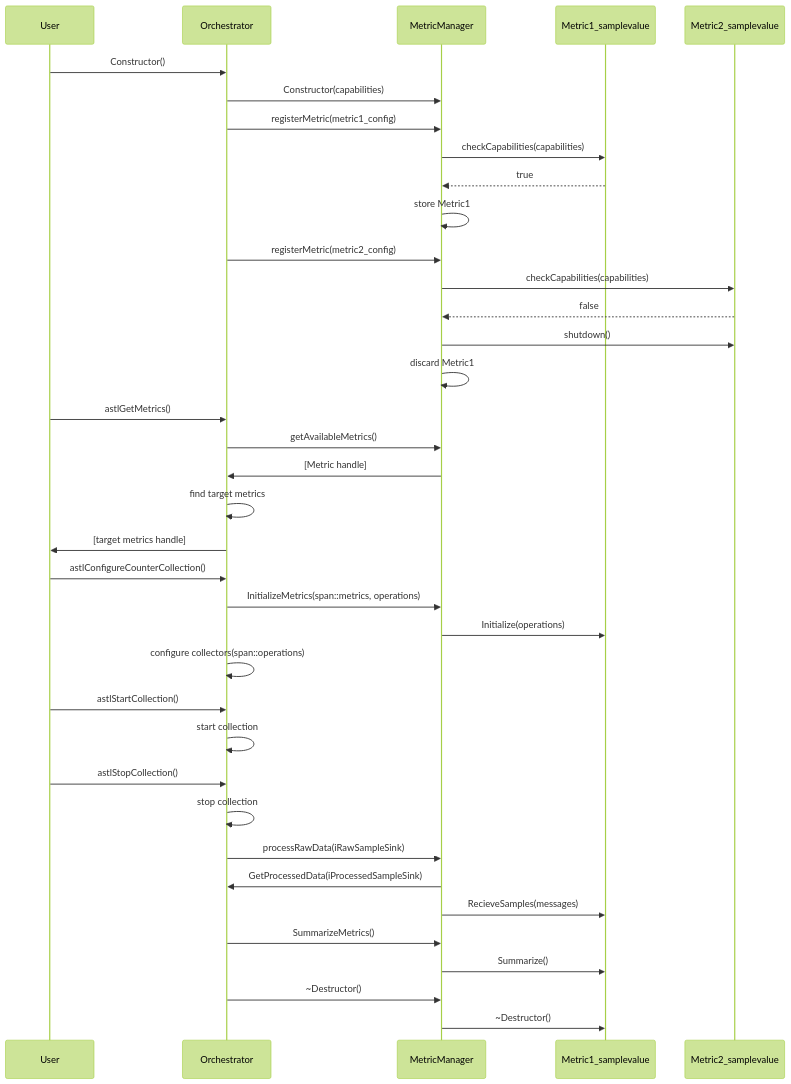
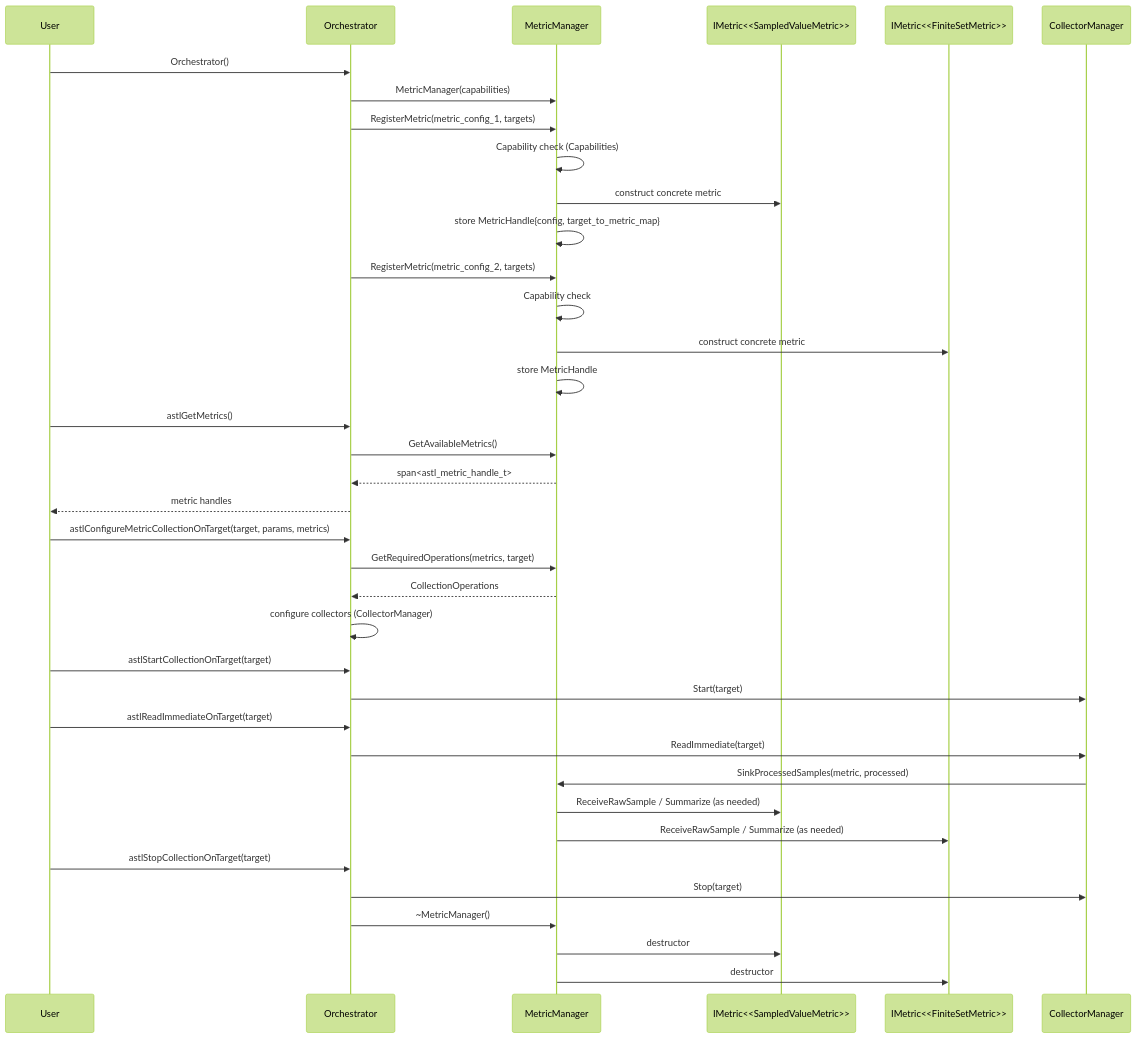
The diagram in doc/design/MetricManager_sequence.mmd (arm/ASTL), drawn with Mermaid (forest theme) before and after one commit. The commit also changed 18 other files, not shown here.

First line of the commit message:
[no-jira] Update mmd and svg diagram files

```diff
--- a/doc/design/MetricManager_sequence.mmd
+++ b/doc/design/MetricManager_sequence.mmd
@@ -1,46 +1,51 @@
 sequenceDiagram
+    %% Participants reflect concrete / interface names in codebase
     participant User
     participant Orchestrator
     participant MetricManager
-    participant Metric1 as Metric1_samplevalue
-    participant Metric2 as Metric2_samplevalue
+    participant Metric1 as IMetric<<SampledValueMetric>>
+    participant Metric2 as IMetric<<FiniteSetMetric>>
 
-    User->>Orchestrator: Constructor()
-    Orchestrator->>MetricManager: Constructor(capabilities)
-    Orchestrator->>MetricManager: registerMetric(metric1_config)
-    MetricManager->>Metric1: checkCapabilities(capabilities)
-    Metric1-->>MetricManager: true
-    MetricManager->>MetricManager: store Metric1
-    Orchestrator->>MetricManager: registerMetric(metric2_config)
-    MetricManager->>Metric2: checkCapabilities(capabilities)
-    Metric2-->>MetricManager: false
-    MetricManager->>Metric2: shutdown()
-    MetricManager->>MetricManager: discard Metric1
+    %% Construction
+    User->>Orchestrator: Orchestrator()
+    Orchestrator->>MetricManager: MetricManager(capabilities)
 
+    %% Register first metric configuration
+    Orchestrator->>MetricManager: RegisterMetric(metric_config_1, targets)
+    MetricManager->>MetricManager: Capability check (Capabilities)
+    MetricManager->>Metric1: construct concrete metric
+    MetricManager->>MetricManager: store MetricHandle{config, target_to_metric_map}
+
+    %% Register second metric configuration (FiniteSetMetric example)
+    Orchestrator->>MetricManager: RegisterMetric(metric_config_2, targets)
+    MetricManager->>MetricManager: Capability check
+    MetricManager->>Metric2: construct concrete metric
+    MetricManager->>MetricManager: store MetricHandle
+
+    %% Enumeration from public API call (astlGetMetrics -> GetAvailableMetrics)
     User->>Orchestrator: astlGetMetrics()
-    Orchestrator->>MetricManager: getAvailableMetrics()
-    MetricManager->>Orchestrator: [Metric handle]
-    Orchestrator->>Orchestrator: find target metrics
-    Orchestrator->>User: [target metrics handle]
+    Orchestrator->>MetricManager: GetAvailableMetrics()
+    MetricManager-->>Orchestrator: span<astl_metric_handle_t>
+    Orchestrator-->>User: metric handles
 
-    User->>Orchestrator: astlConfigureCounterCollection()
-    Orchestrator->>MetricManager: InitializeMetrics(span::metrics, operations)
-    MetricManager->>Metric1: Initialize(operations)
-    Orchestrator->>Orchestrator: configure collectors(span::operations)
+    %% Build required operations for a target prior to collection
+    User->>Orchestrator: astlConfigureMetricCollectionOnTarget(target, params, metrics)
+    Orchestrator->>MetricManager: GetRequiredOperations(metrics, target)
+    MetricManager-->>Orchestrator: CollectionOperations
+    Orchestrator->>Orchestrator: configure collectors (CollectorManager)
 
-    User->>Orchestrator: astlStartCollection()
-    Orchestrator->>Orchestrator: start collection
+    %% Collection lifecycle (simplified)
+    User->>Orchestrator: astlStartCollectionOnTarget(target)
+    Orchestrator->>CollectorManager: Start(target)
+    User->>Orchestrator: astlReadImmediateOnTarget(target)
+    Orchestrator->>CollectorManager: ReadImmediate(target)
+    CollectorManager->>MetricManager: SinkProcessedSamples(metric, processed)
+    MetricManager->>Metric1: ReceiveRawSample / Summarize (as needed)
+    MetricManager->>Metric2: ReceiveRawSample / Summarize (as needed)
+    User->>Orchestrator: astlStopCollectionOnTarget(target)
+    Orchestrator->>CollectorManager: Stop(target)
 
-    User->>Orchestrator: astlStopCollection()
-    Orchestrator->>Orchestrator: stop collection
-    Orchestrator->>MetricManager: processRawData(iRawSampleSink)
-    MetricManager->>Orchestrator: GetProcessedData(iProcessedSampleSink)
-    MetricManager->>Metric1: RecieveSamples(messages)
-
-
-    Orchestrator->>MetricManager: SummarizeMetrics()
-    MetricManager->>Metric1: Summarize()
- 
-
-    Orchestrator->>MetricManager: ~Destructor()
-    MetricManager->>Metric1: ~Destructor()
+    %% Destruction
+    Orchestrator->>MetricManager: ~MetricManager()
+    MetricManager->>Metric1: destructor
+    MetricManager->>Metric2: destructor
```
